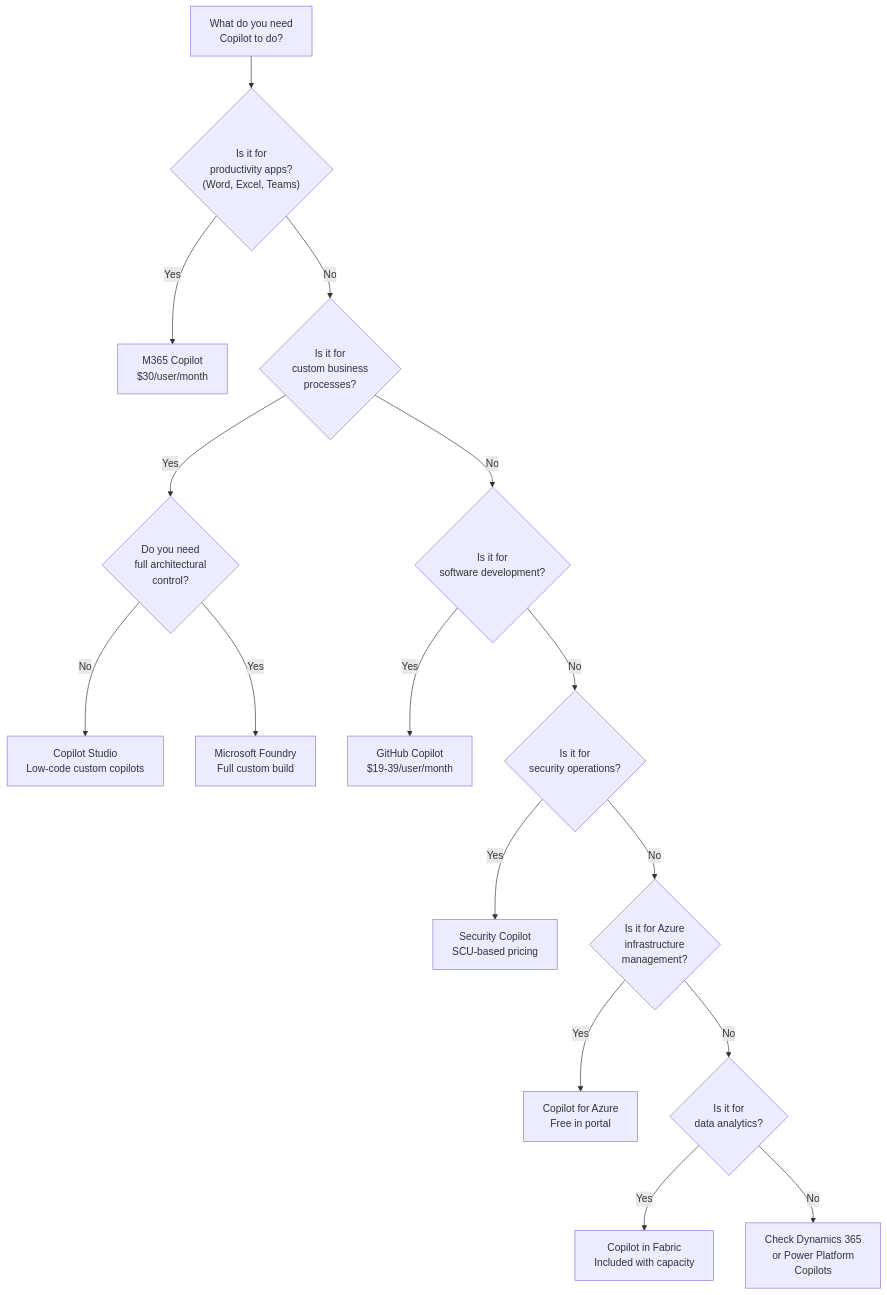
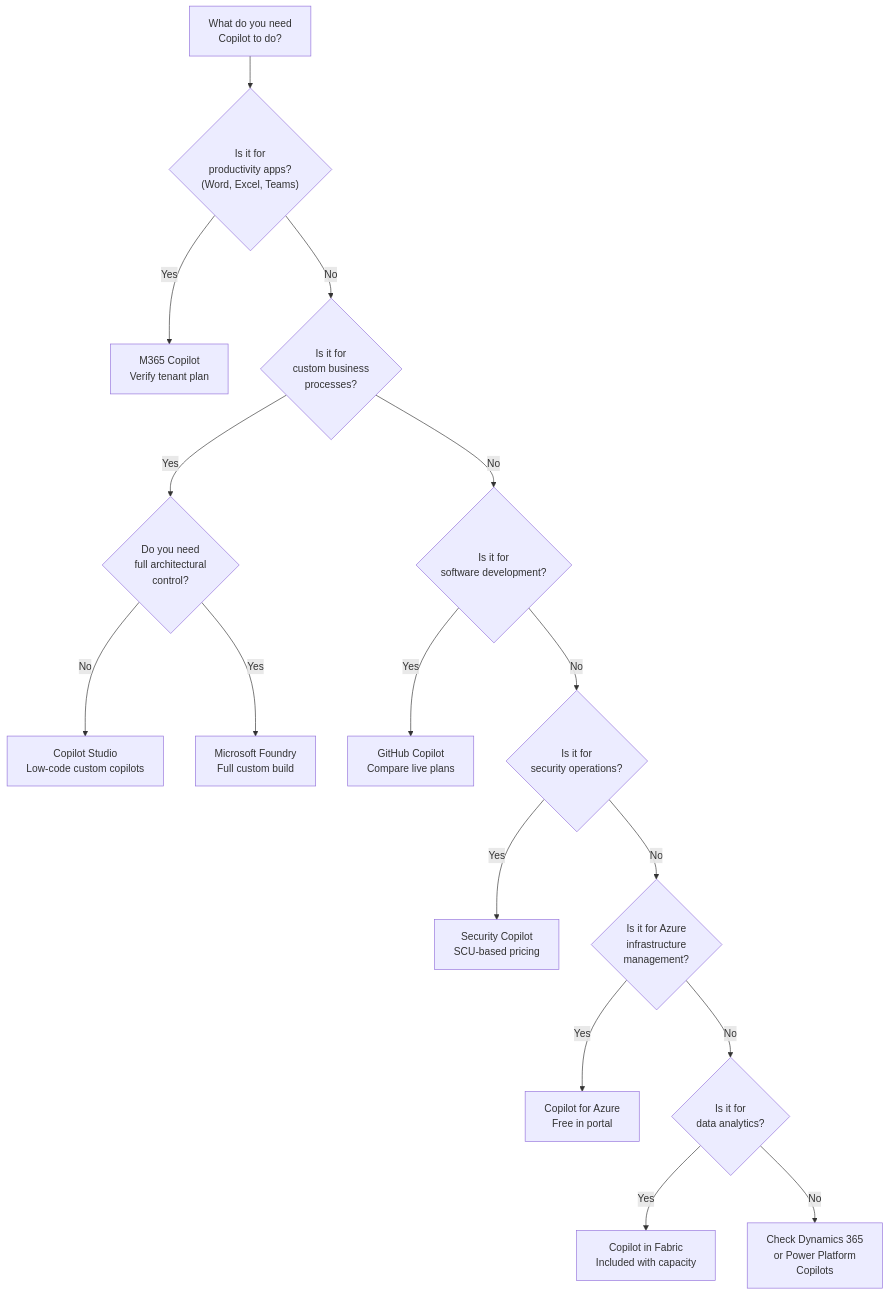
The seventh of 7 diagrams in .factory/docs/learning/o6-copilot-ecosystem.mdx (frootai/frootai), drawn with Mermaid before and after one commit. The commit also changed other lines of this file and 103 other files, not shown here.

````diff
--- a/.factory/docs/learning/o6-copilot-ecosystem.mdx
+++ b/.factory/docs/learning/o6-copilot-ecosystem.mdx
@@ -752,31 +753,31 @@
 ```mermaid
 graph TD
     START["What do you need<br/>Copilot to do?"] --> Q1{"Is it for<br/>productivity apps?<br/>(Word, Excel, Teams)"}
 
-    Q1 -->|Yes| M365["M365 Copilot<br/>$30/user/month"]
+    Q1 -->|Yes| M365["M365 Copilot<br/>Verify tenant plan"]
 
     Q1 -->|No| Q2{"Is it for<br/>custom business<br/>processes?"}
 
     Q2 -->|Yes| Q3{"Do you need<br/>full architectural<br/>control?"}
 
     Q3 -->|No| STUDIO["Copilot Studio<br/>Low-code custom copilots"]
     Q3 -->|Yes| FOUNDRY["Microsoft Foundry<br/>Full custom build"]
 
     Q2 -->|No| Q4{"Is it for<br/>software development?"}
 
-    Q4 -->|Yes| GITHUB["GitHub Copilot<br/>$19-39/user/month"]
+    Q4 -->|Yes| GITHUB["GitHub Copilot<br/>Compare live plans"]
 
     Q4 -->|No| Q5{"Is it for<br/>security operations?"}
 
     Q5 -->|Yes| SEC["Security Copilot<br/>SCU-based pricing"]
 
     Q5 -->|No| Q6{"Is it for Azure<br/>infrastructure<br/>management?"}
 
     Q6 -->|Yes| AZURE["Copilot for Azure<br/>Free in portal"]
 
     Q6 -->|No| Q7{"Is it for<br/>data analytics?"}
 
     Q7 -->|Yes| FABRIC["Copilot in Fabric<br/>Included with capacity"]
 
     Q7 -->|No| OTHER["Check Dynamics 365<br/>or Power Platform<br/>Copilots"]
 ```
````
